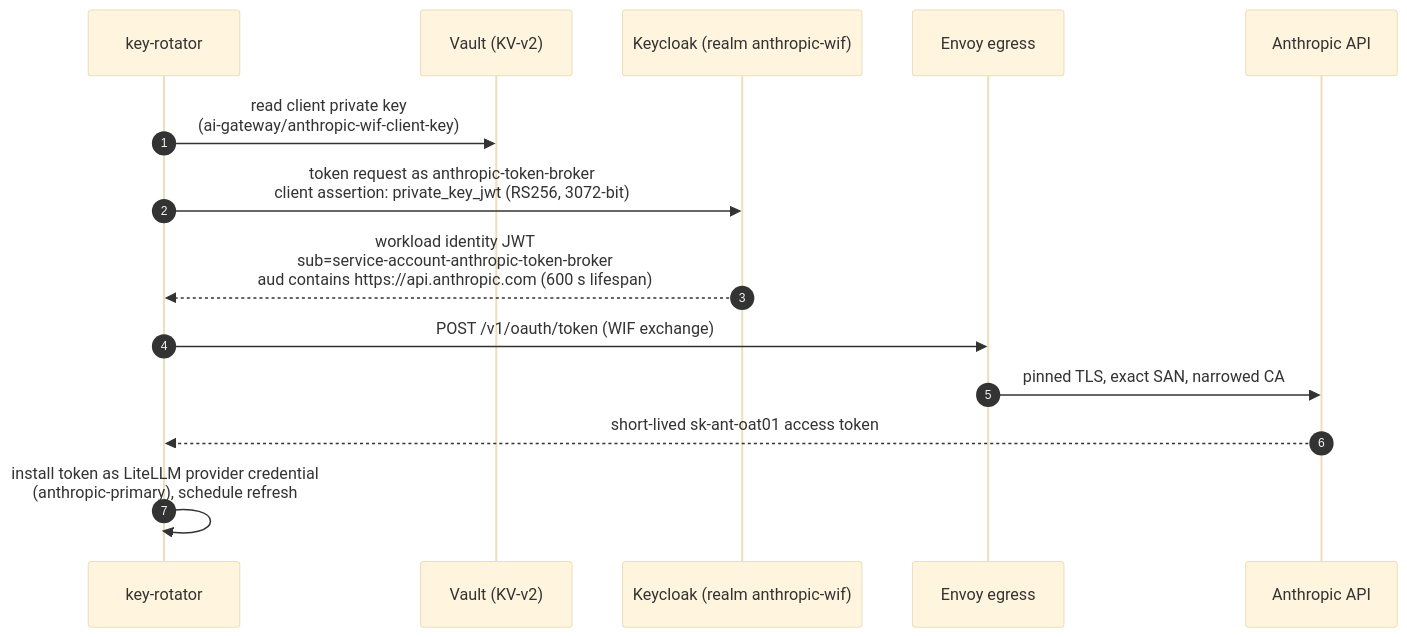
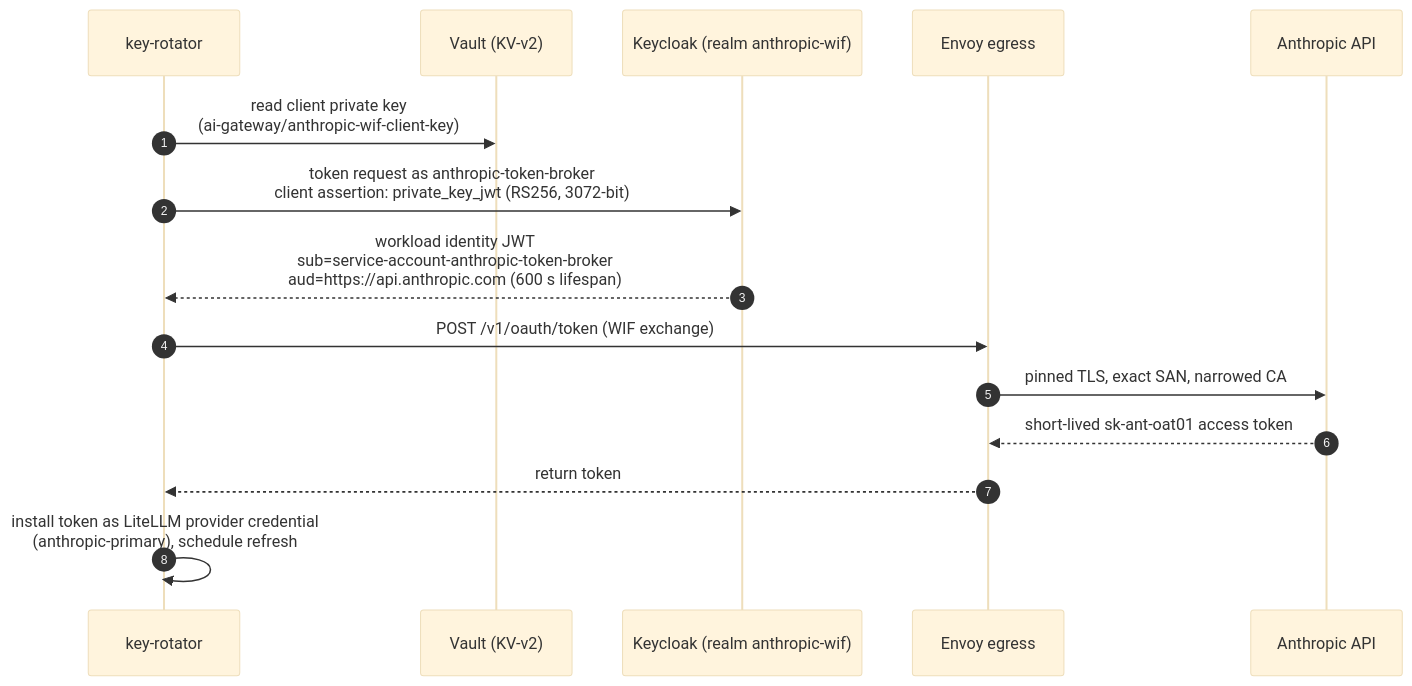
Before and after one commit to derhornspieler/ai-gateway: the seventh of 14 diagrams in docs/architecture-diagrams.md, drawn with Mermaid (base theme). The commit also changed other lines of this file, not shown here.

Commit message:
docs(diagrams): align all architecture flows

````diff
--- a/docs/architecture-diagrams.md
+++ b/docs/architecture-diagrams.md
@@ -243,17 +247,18 @@
 ```mermaid
 sequenceDiagram
   autonumber
   participant KR as key-rotator
   participant VT as Vault (KV-v2)
   participant KC as Keycloak (realm anthropic-wif)
   participant EV as Envoy egress
   participant AN as Anthropic API
 
   KR->>VT: read client private key<br/>(ai-gateway/anthropic-wif-client-key)
   KR->>KC: token request as anthropic-token-broker<br/>client assertion: private_key_jwt (RS256, 3072-bit)
-  KC-->>KR: workload identity JWT<br/>sub=service-account-anthropic-token-broker<br/>aud contains https://api.anthropic.com (600 s lifespan)
+  KC-->>KR: workload identity JWT<br/>sub=service-account-anthropic-token-broker<br/>aud=https://api.anthropic.com (600 s lifespan)
   KR->>EV: POST /v1/oauth/token (WIF exchange)
   EV->>AN: pinned TLS, exact SAN, narrowed CA
-  AN-->>KR: short-lived sk-ant-oat01 access token
+  AN-->>EV: short-lived sk-ant-oat01 access token
+  EV-->>KR: return token
   KR->>KR: install token as LiteLLM provider credential<br/>(anthropic-primary), schedule refresh
 ```
````
